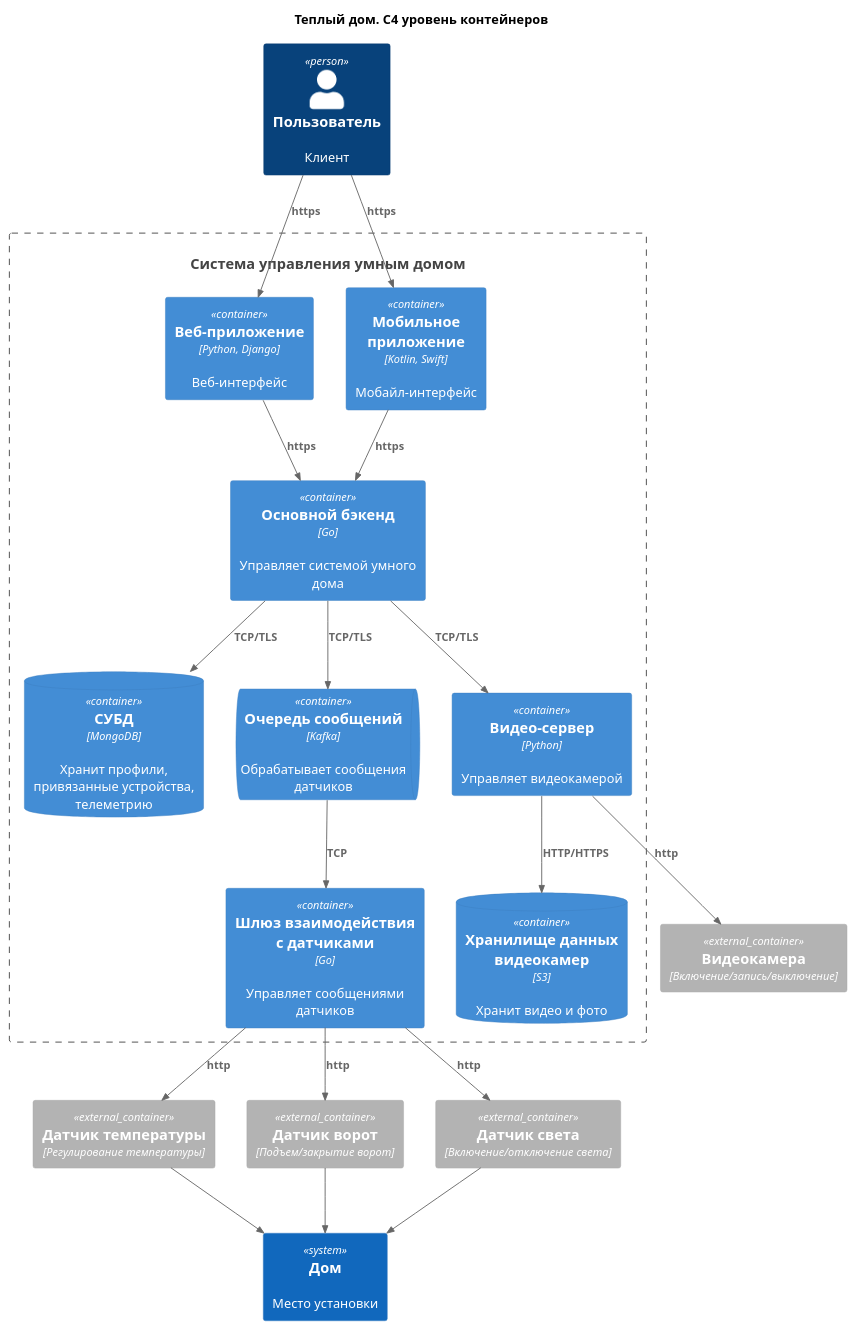
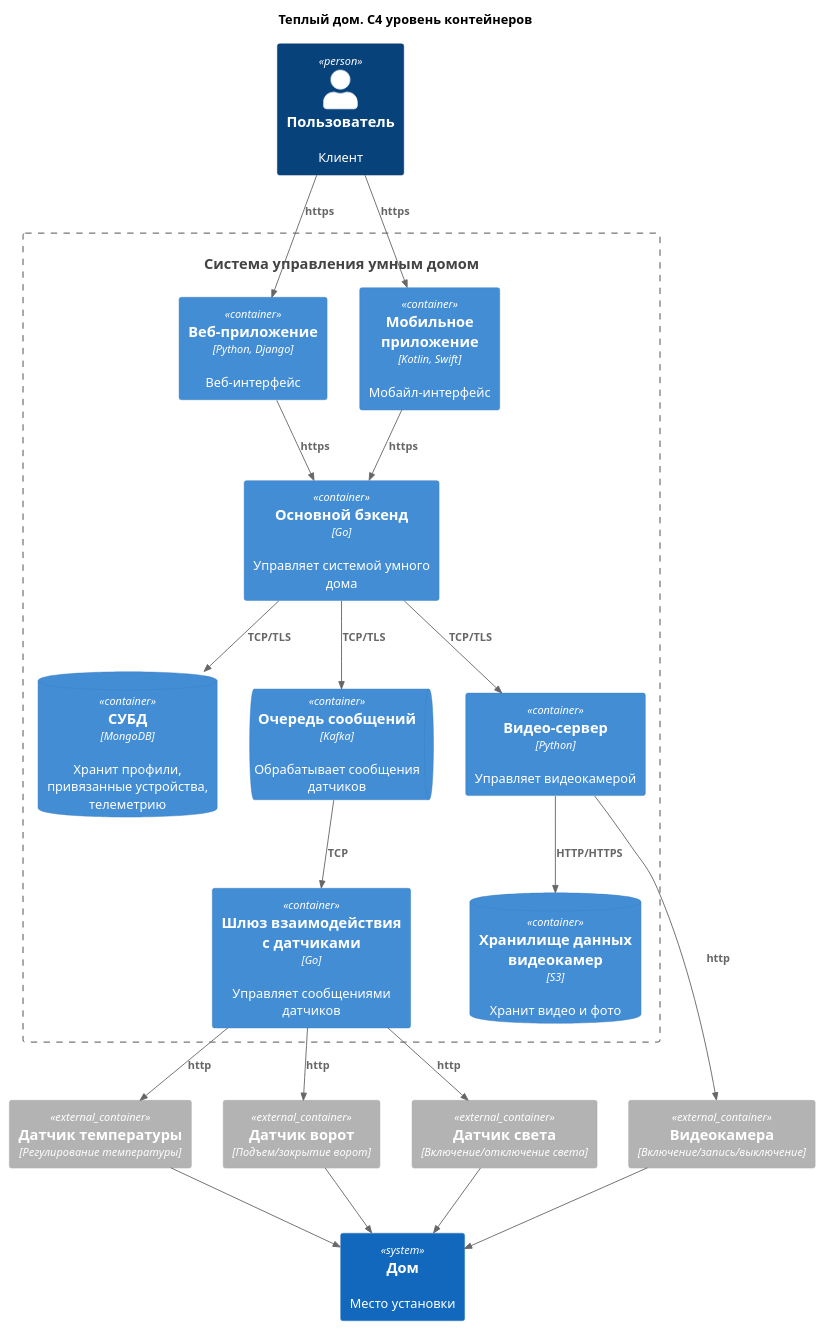
Before and after one commit to realjungleman/architecture-warmhouse: the diagram in 2_task/c4_container.puml, drawn with PlantUML. The commit also changed 6 other files, not shown here.

```diff
--- a/2_task/c4_container.puml
+++ b/2_task/c4_container.puml
@@ -1,48 +1,49 @@
 @startuml
 title Теплый дом. С4 уровень контейнеров
 
 top to bottom direction
 
 !includeurl https://raw.githubusercontent.com/RicardoNiepel/C4-PlantUML/master/C4_Component.puml
 
 Person(user, "Пользователь", "Клиент")
 System(SmartHouse, "Система управления умным домом", "")
 
 Container_Boundary(SmartHouse, "Система управления умным домом") {
   Container(WebApp, "Веб-приложение", "Python, Django", "Веб-интерфейс")
   Container(MobileApp, "Мобильное приложение", "Kotlin, Swift", "Мобайл-интерфейс")
   Container(MainSystem, "Основной бэкенд", "Go", "Управляет системой умного дома")
   Container(ApiGate, "Шлюз взаимодействия с датчиками", "Go", "Управляет сообщениями датчиков")
   ContainerDb(Database, "СУБД", "MongoDB", "Хранит профили, привязанные устройства, телеметрию")
   Container(VideoStreaming, "Видео-сервер", "Python", "Управляет видеокамерой")
   ContainerDb(S3, "Хранилище данных видеокамер", "S3", "Хранит видео и фото")
   ContainerQueue(Queue, "Очередь сообщений", "Kafka", "Обрабатывает сообщения датчиков")
 }
 
 Container_Ext(temperatureSensor, "Датчик температуры", "Регулирование температуры")
 
 Container_Ext(gateSensor,"Датчик ворот", "Подъем/закрытие ворот")
 Container_Ext(videoCamera,"Видеокамера", "Включение/запись/выключение")
 Container_Ext(lightSensor,"Датчик света", "Включение/отключение света")
 
 Rel(user, WebApp, "https")
 Rel(user, MobileApp, "https")
 Rel(WebApp, MainSystem, "https")
 Rel(MobileApp, MainSystem, "https")
 Rel(MainSystem, Queue, "TCP/TLS")
 Rel(Queue, ApiGate, "TCP")
 Rel(MainSystem, VideoStreaming, "TCP/TLS")
 Rel(VideoStreaming, S3, "HTTP/HTTPS")
 Rel(MainSystem, Database, "TCP/TLS")
 
 Rel(VideoStreaming, videoCamera, "http")
 Rel(ApiGate, gateSensor, "http")
 Rel(ApiGate, temperatureSensor, "http")
 Rel(ApiGate, lightSensor, "http")
 
 
 System(house, "Дом", "Место установки")
 Rel(gateSensor, house, "")
 Rel(temperatureSensor, house, "")
 Rel(lightSensor, house, "")
+Rel(videoCamera, house, "")
 @enduml
```
